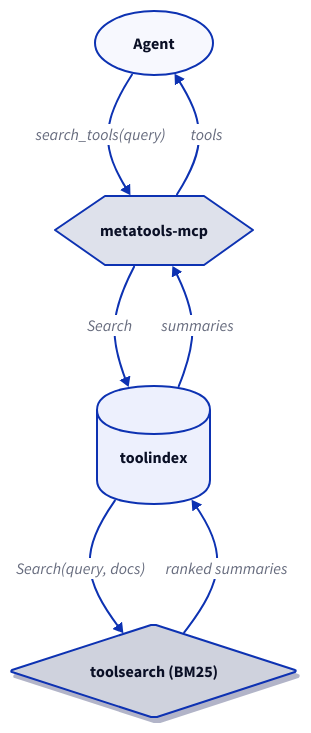
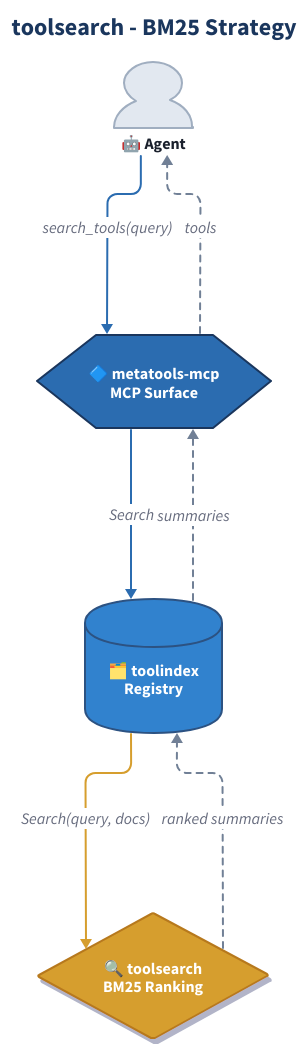
The diagram in latest/library-docs-from-repos/toolsearch/diagrams/user-journey.d2 (jonwraymond/ai-tools-stack), drawn with D2 before and after one commit. The commit also changed 55 other files, not shown here.

```diff
--- a/latest/library-docs-from-repos/toolsearch/diagrams/user-journey.d2
+++ b/latest/library-docs-from-repos/toolsearch/diagrams/user-journey.d2
@@ -1,21 +1,129 @@
+# toolsearch User Journey
+# BM25 search strategy flow
+
 direction: down
 
-style: { font-size: 14 }
-
-agent: "Agent" { shape: oval }
-
-metatools: "metatools-mcp" { shape: hexagon }
-
-index: "toolindex" { shape: cylinder }
-
-search: "toolsearch (BM25)" {
-  shape: diamond
-  style: { shadow: true }
+vars: {
+  d2-config: {
+    layout-engine: elk
+    theme-id: 0
+  }
+  discovery-fill: "#3182ce"
+  surface-fill: "#2b6cb0"
+  search-fill: "#d69e2e"
+  actor-fill: "#e2e8f0"
 }
 
-agent -> metatools: "search_tools(query)"
-metatools -> index: "Search"
-index -> search: "Search(query, docs)"
-search -> index: "ranked summaries"
-index -> metatools: "summaries"
-metatools -> agent: "tools"
+classes: {
+  actor: {
+    style: {
+      fill: ${actor-fill}
+      stroke: "#a0aec0"
+      stroke-width: 2
+      font-color: "#1a202c"
+      bold: true
+    }
+  }
+  discovery: {
+    style: {
+      fill: ${discovery-fill}
+      stroke: "#2c5282"
+      stroke-width: 2
+      font-color: "#fff"
+    }
+  }
+  surface: {
+    style: {
+      fill: ${surface-fill}
+      stroke: "#1a365d"
+      stroke-width: 2
+      font-color: "#fff"
+    }
+  }
+  search: {
+    style: {
+      fill: ${search-fill}
+      stroke: "#b7791f"
+      stroke-width: 2
+      font-color: "#fff"
+      shadow: true
+    }
+  }
+  request-flow: {
+    style: {
+      stroke: ${surface-fill}
+      stroke-width: 2
+    }
+  }
+  search-flow: {
+    style: {
+      stroke: ${search-fill}
+      stroke-width: 2
+    }
+  }
+  result-flow: {
+    style: {
+      stroke: "#718096"
+      stroke-width: 2
+      stroke-dash: 3
+    }
+  }
+}
+
+# Title
+title: "toolsearch - BM25 Strategy" {
+  shape: text
+  near: top-center
+  style: {
+    font-size: 24
+    bold: true
+    font-color: "#1a365d"
+  }
+}
+
+# Actors
+agent: "🤖 Agent" {
+  shape: person
+  class: actor
+}
+
+# Components
+metatools: "🔷 metatools-mcp\nMCP Surface" {
+  shape: hexagon
+  class: surface
+}
+
+index: "🗂️ toolindex\nRegistry" {
+  shape: cylinder
+  class: discovery
+}
+
+search: "🔍 toolsearch\nBM25 Ranking" {
+  shape: diamond
+  class: search
+}
+
+# Flow
+agent -> metatools: "search_tools(query)" {
+  class: request-flow
+}
+
+metatools -> index: "Search" {
+  class: request-flow
+}
+
+index -> search: "Search(query, docs)" {
+  class: search-flow
+}
+
+search -> index: "ranked summaries" {
+  class: result-flow
+}
+
+index -> metatools: "summaries" {
+  class: result-flow
+}
+
+metatools -> agent: "tools" {
+  class: result-flow
+}
```
